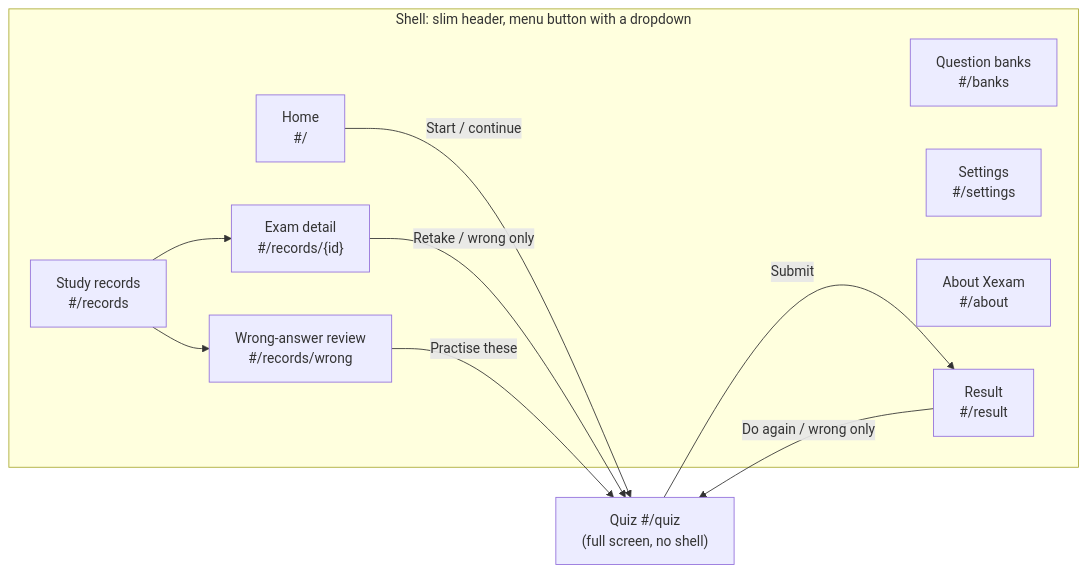
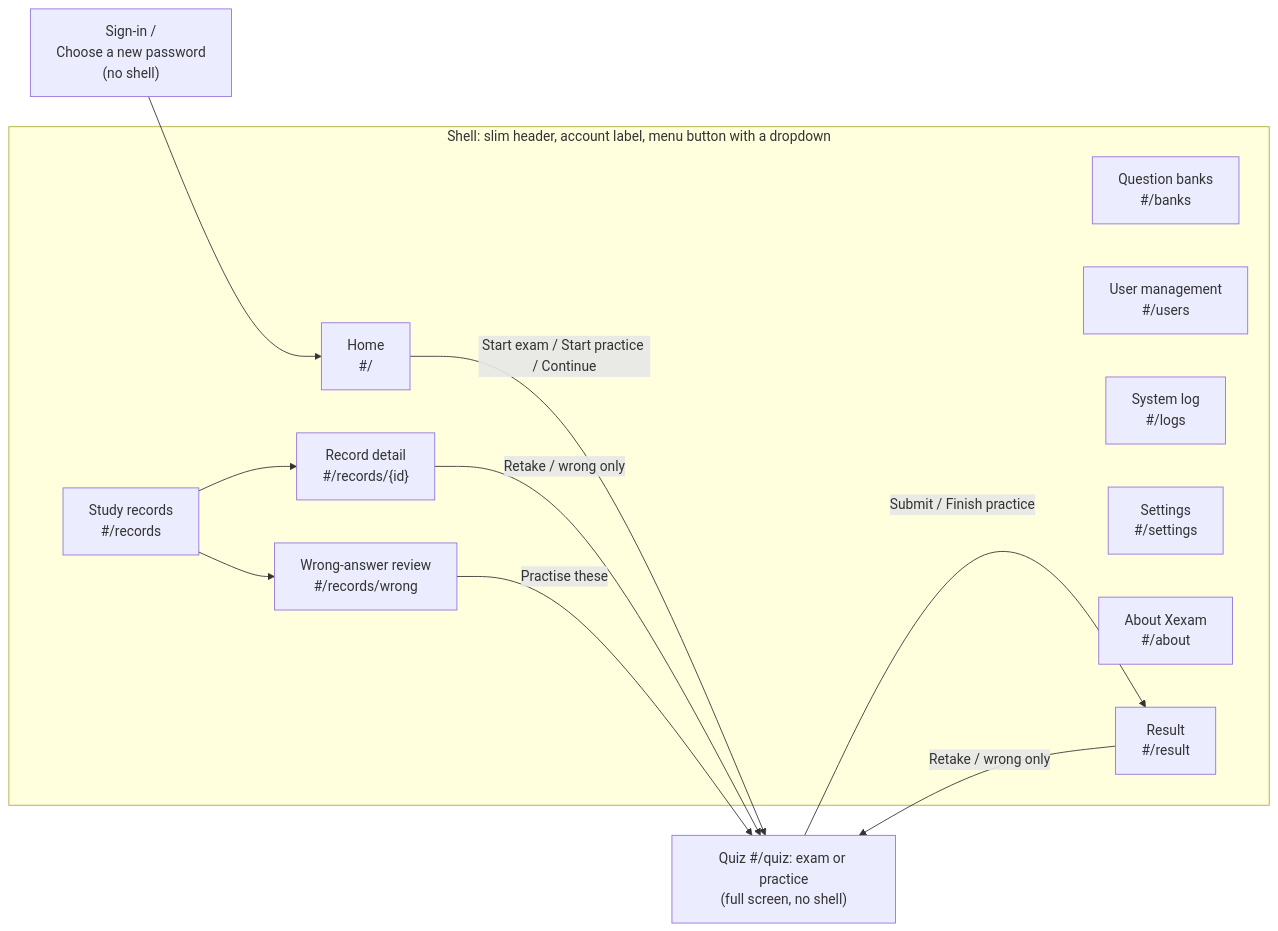
The third of 5 diagrams in docs/en/architecture.md (Yumin-Space/xexam), drawn with Mermaid before and after one commit. The commit also changed other lines of this file and 295 other files, not shown here.

````diff
--- a/docs/en/architecture.md
+++ b/docs/en/architecture.md
@@ -136,21 +190,24 @@
 ```mermaid
 flowchart LR
-    subgraph shell["Shell: slim header, menu button with a dropdown"]
+    SI["Sign-in /<br/>Choose a new password<br/>(no shell)"] --> H
+    subgraph shell["Shell: slim header, account label, menu button with a dropdown"]
         H["Home<br/>#/"]
         B["Question banks<br/>#/banks"]
         R["Study records<br/>#/records"]
+        US["User management<br/>#/users"]
+        LG["System log<br/>#/logs"]
         S["Settings<br/>#/settings"]
         AB["About Xexam<br/>#/about"]
-        D["Exam detail<br/>#/records/{id}"]
+        D["Record detail<br/>#/records/{id}"]
         W["Wrong-answer review<br/>#/records/wrong"]
         RS["Result<br/>#/result"]
     end
-    Q["Quiz #/quiz<br/>(full screen, no shell)"]
+    Q["Quiz #/quiz: exam or practice<br/>(full screen, no shell)"]
     R --> D
     R --> W
-    H -->|"Start / continue"| Q
-    Q -->|"Submit"| RS
-    RS -->|"Do again / wrong only"| Q
+    H -->|"Start exam / Start practice / Continue"| Q
+    Q -->|"Submit / Finish practice"| RS
+    RS -->|"Retake / wrong only"| Q
     D -->|"Retake / wrong only"| Q
     W -->|"Practise these"| Q
 ```
````
